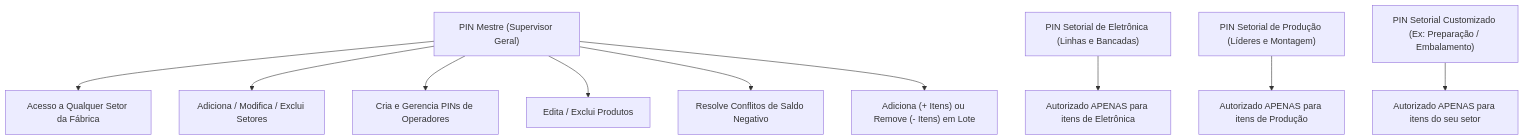
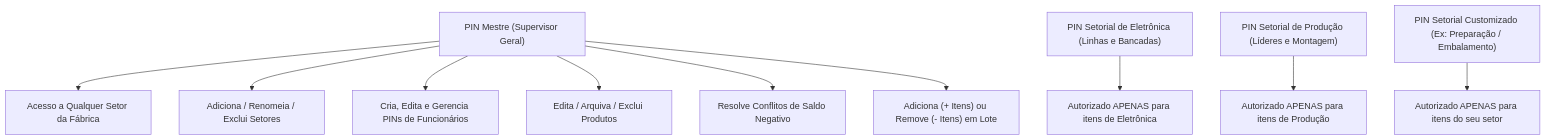
One commit to tomi-pereyra/luxpryme-stock changed the diagram in MANUAL_DE_USO.md. Above: the diagram before and after it, drawn with Mermaid. The commit also changed other lines of this file and 2 other files, not shown here.

````diff
--- a/MANUAL_DE_USO.md
+++ b/MANUAL_DE_USO.md
@@ -88,13 +90,13 @@
 ```mermaid
 flowchart TD
     A["PIN Mestre (Supervisor Geral)"] --> B["Acesso a Qualquer Setor da Fábrica"]
-    A --> C["Adiciona / Modifica / Exclui Setores"]
-    A --> D["Cria e Gerencia PINs de Operadores"]
-    A --> E["Edita / Exclui Produtos"]
+    A --> C["Adiciona / Renomeia / Exclui Setores"]
+    A --> D["Cria, Edita e Gerencia PINs de Funcionários"]
+    A --> E["Edita / Arquiva / Exclui Produtos"]
     A --> F["Resolve Conflitos de Saldo Negativo"]
     A --> G["Adiciona (+ Itens) ou Remove (- Itens) em Lote"]
     
     H["PIN Setorial de Eletrônica (Linhas e Bancadas)"] --> I["Autorizado APENAS para itens de Eletrônica"]
     J["PIN Setorial de Produção (Líderes e Montagem)"] --> K["Autorizado APENAS para itens de Produção"]
     L["PIN Setorial Customizado (Ex: Preparação / Embalamento)"] --> M["Autorizado APENAS para itens do seu setor"]
 ```
````
